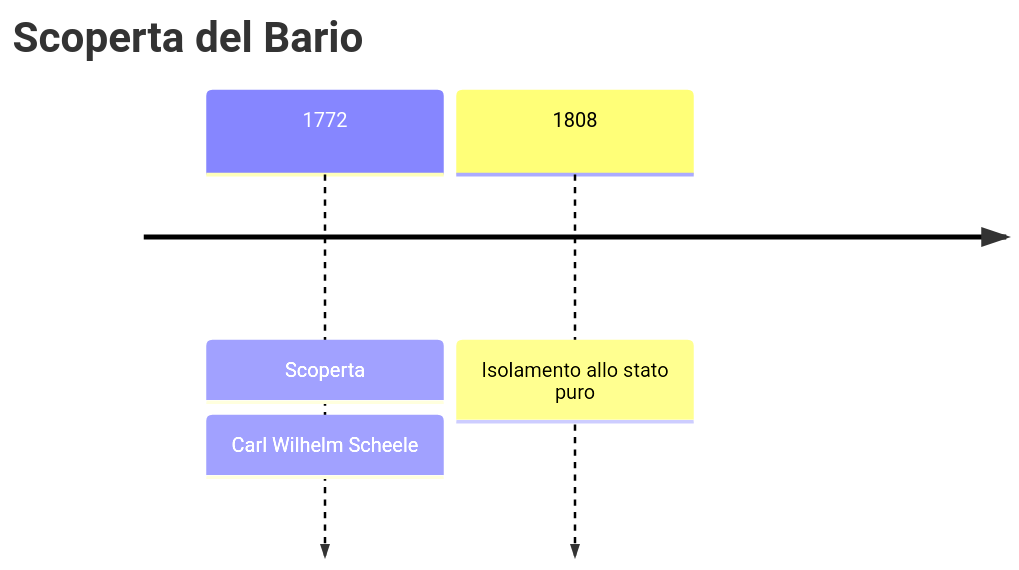
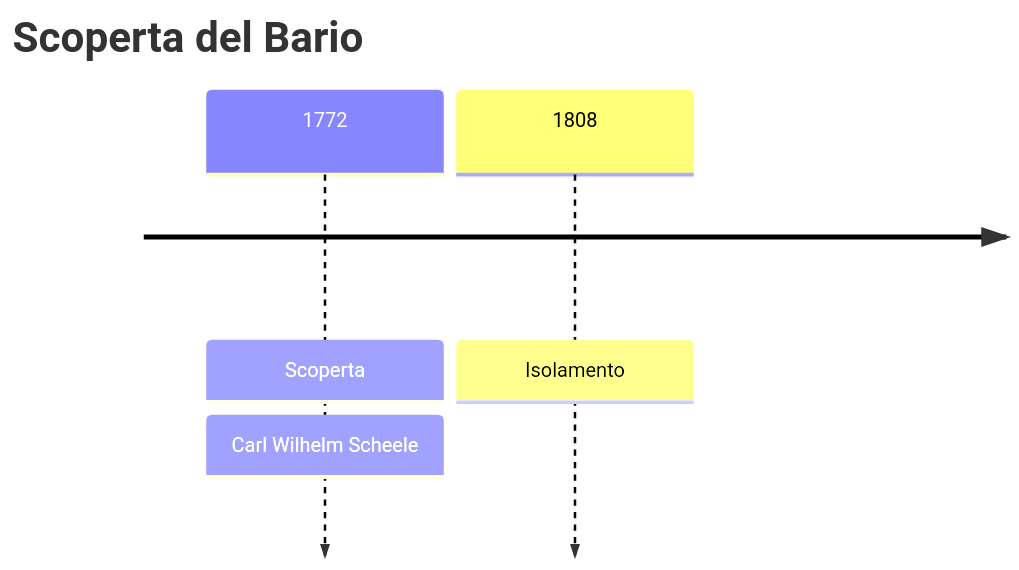
One commit to gianlucaciarcelluti/elements-caos changed the first of 3 diagrams in vault/Elementi/Bario.md. Above: the diagram before and after it, drawn with Mermaid. The commit also changed 56 other files, not shown here.

````diff
--- a/vault/Elementi/Bario.md
+++ b/vault/Elementi/Bario.md
@@ -28,6 +28,6 @@
 ```mermaid
 timeline
     title Scoperta del Bario
     1772 : Scoperta : Carl Wilhelm Scheele
-    1808 : Isolamento allo stato puro
+    1808 : Isolamento
 ```
````
